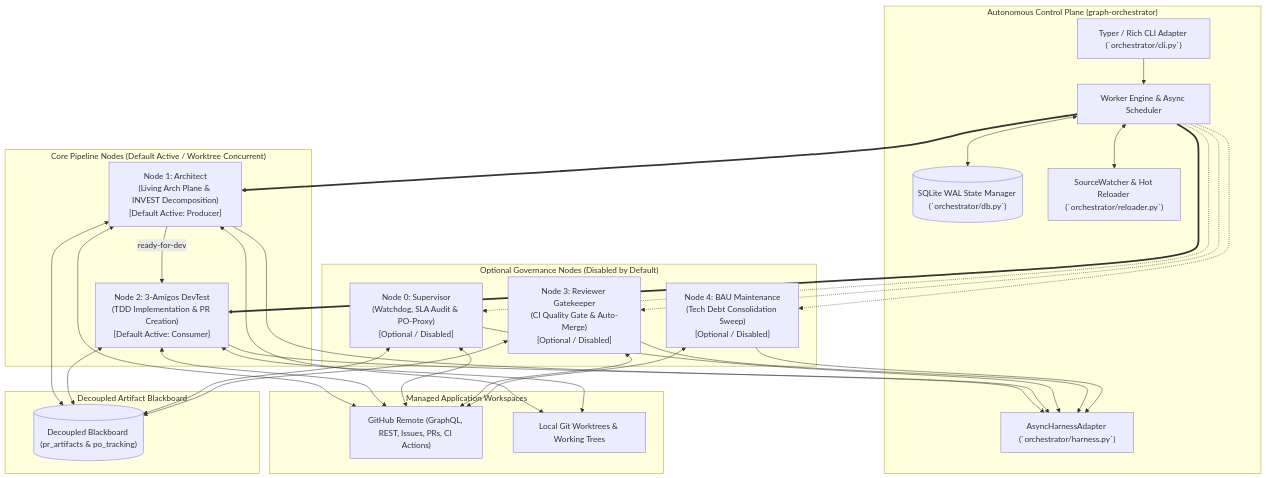
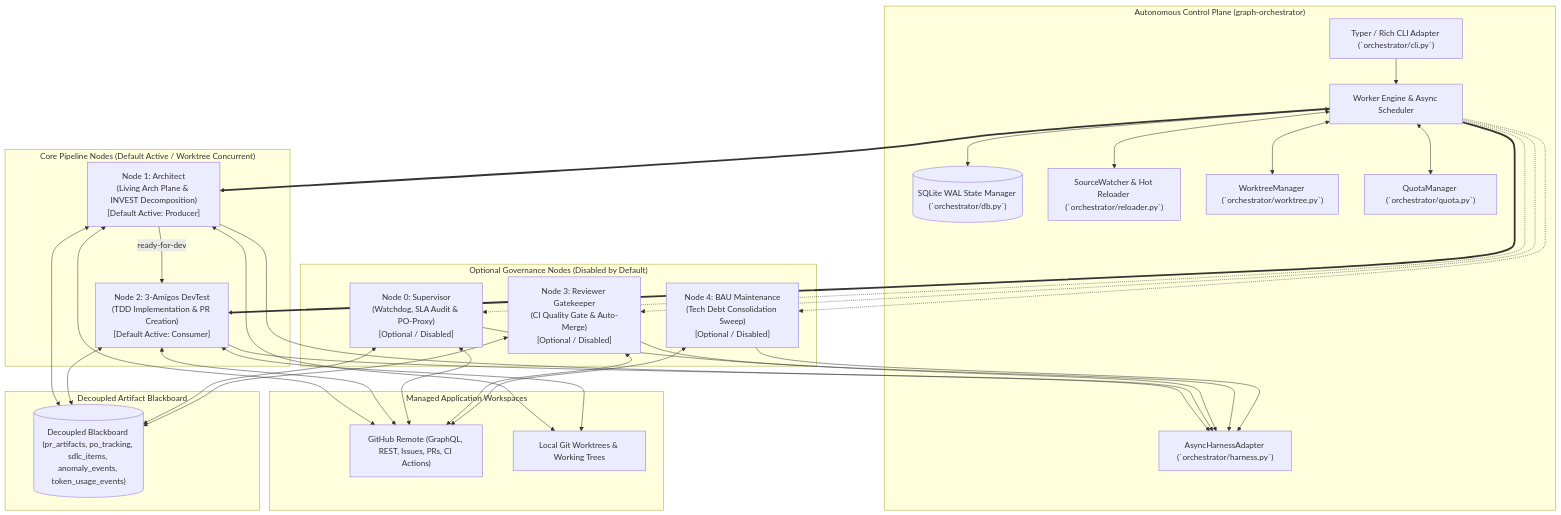
Before and after one commit to AntaresAndBharani/graph-engineering: the first of 5 diagrams in .graph/architecture.md, drawn with Mermaid. The commit also changed other lines of this file, not shown here.

Commit message:
docs(architecture): update architectural standards

````diff
--- a/.graph/architecture.md
+++ b/.graph/architecture.md
@@ -19,41 +19,45 @@
 ```mermaid
 flowchart TD
     subgraph Control Plane ["Autonomous Control Plane (graph-orchestrator)"]
         CLI["Typer / Rich CLI Adapter (`orchestrator/cli.py`)"]
         Core["Worker Engine & Async Scheduler"]
         State[("SQLite WAL State Manager (`orchestrator/db.py`)")]
         Reloader["SourceWatcher & Hot Reloader (`orchestrator/reloader.py`)"]
         Adapter["AsyncHarnessAdapter (`orchestrator/harness.py`)"]
+        WorktreeMgr["WorktreeManager (`orchestrator/worktree.py`)"]
+        QuotaMgr["QuotaManager (`orchestrator/quota.py`)"]
     end
 
     subgraph Default 2-Node Parallel Engine ["Core Pipeline Nodes (Default Active / Worktree Concurrent)"]
         N1["Node 1: Architect\n(Living Arch Plane & INVEST Decomposition)\n[Default Active: Producer]"]
         N2["Node 2: 3-Amigos DevTest\n(TDD Implementation & PR Creation)\n[Default Active: Consumer]"]
         N1 -->|ready-for-dev| N2
     end
 
     subgraph Optional Governance Nodes ["Optional Governance Nodes (Disabled by Default)"]
         N0["Node 0: Supervisor\n(Watchdog, SLA Audit & PO-Proxy)\n[Optional / Disabled]"]
         N3["Node 3: Reviewer Gatekeeper\n(CI Quality Gate & Auto-Merge)\n[Optional / Disabled]"]
         N4["Node 4: BAU Maintenance\n(Tech Debt Consolidation Sweep)\n[Optional / Disabled]"]
     end
 
     subgraph Blackboard Layer ["Decoupled Artifact Blackboard"]
-        BB[("Decoupled Blackboard (pr_artifacts & po_tracking)")]
+        BB[("Decoupled Blackboard (pr_artifacts, po_tracking, sdlc_items, anomaly_events, token_usage_events)")]
     end
 
     subgraph Managed Target Repositories ["Managed Application Workspaces"]
         GH["GitHub Remote (GraphQL, REST, Issues, PRs, CI Actions)"]
         LocalGit["Local Git Worktrees & Working Trees"]
     end
 
     CLI --> Core
     Core <--> State
     Core <--> Reloader
+    Core <--> WorktreeMgr
+    Core <--> QuotaMgr
     Core ==> N1 & N2
     Core -.-> N0 & N3 & N4
     N1 & N2 & N0 & N3 & N4 --> Adapter
     N1 & N2 & N0 & N3 & N4 <--> GH
     N1 & N2 & N0 & N3 <--> BB
     N1 & N2 <--> LocalGit
 ```
````
